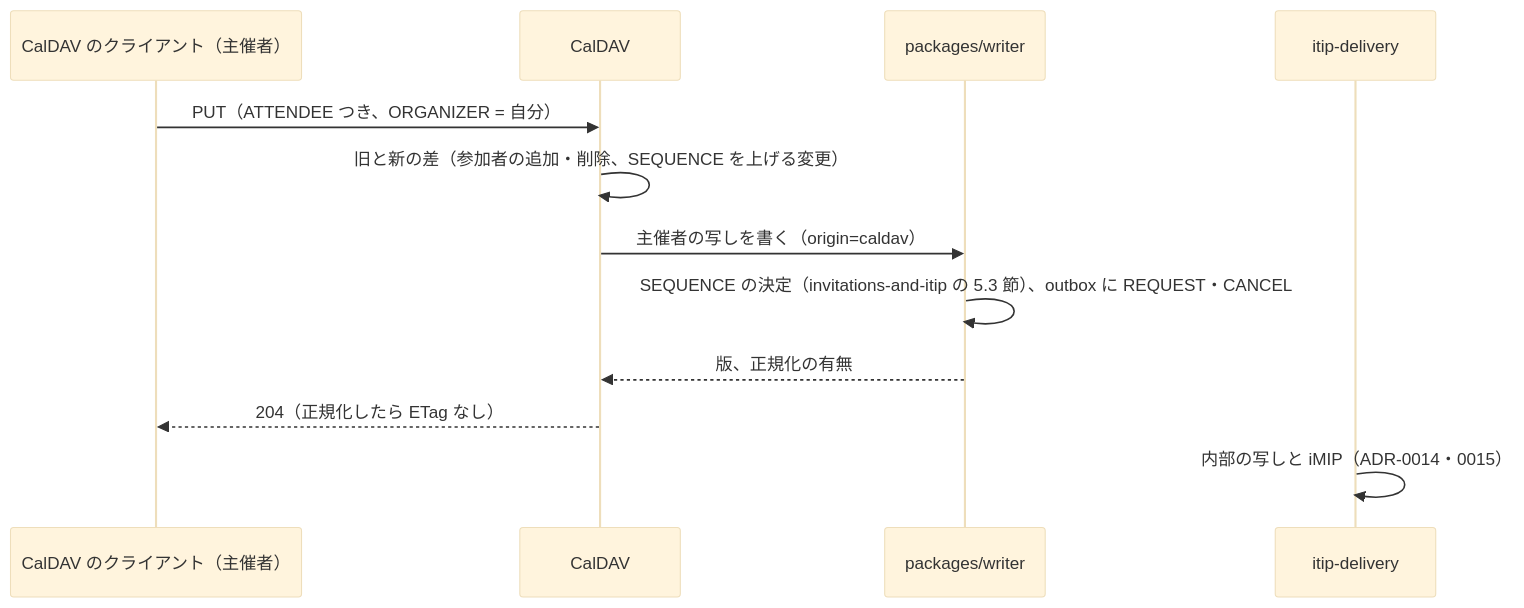
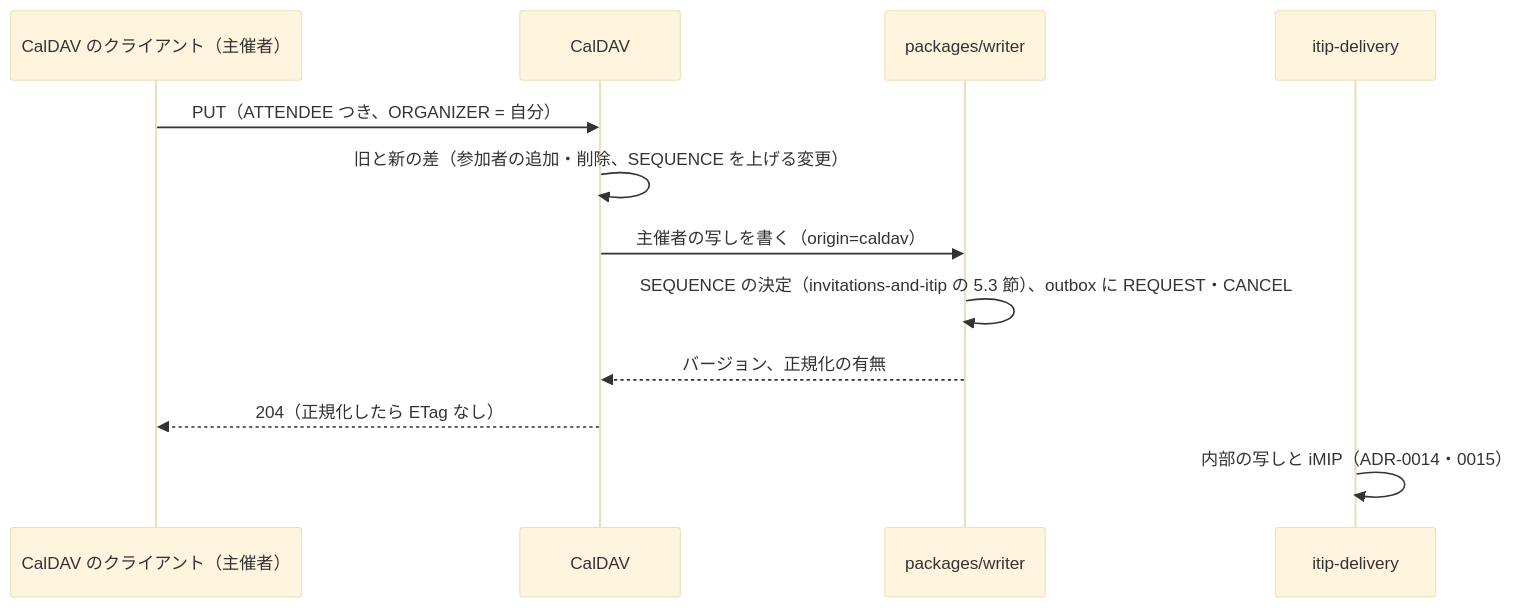
The third of 5 diagrams in systems/google-calendar/docs/architecture/sync-and-caldav.md (shoito/rebuilds), drawn with Mermaid (base theme) before and after one commit. The commit also changed other lines of this file and 793 other files, not shown here.

````diff
--- a/systems/google-calendar/docs/architecture/sync-and-caldav.md
+++ b/systems/google-calendar/docs/architecture/sync-and-caldav.md
@@ -304,14 +304,14 @@
 ```mermaid
 sequenceDiagram
   participant C as CalDAV のクライアント（主催者）
   participant D as CalDAV
   participant W as packages/writer
   participant I as itip-delivery
   C->>D: PUT（ATTENDEE つき、ORGANIZER = 自分）
   D->>D: 旧と新の差（参加者の追加・削除、SEQUENCE を上げる変更）
   D->>W: 主催者の写しを書く（origin=caldav）
   W->>W: SEQUENCE の決定（invitations-and-itip の 5.3 節）、outbox に REQUEST・CANCEL
-  W-->>D: 版、正規化の有無
+  W-->>D: バージョン、正規化の有無
   D-->>C: 204（正規化したら ETag なし）
   I->>I: 内部の写しと iMIP（ADR-0014・0015）
 ```
````
